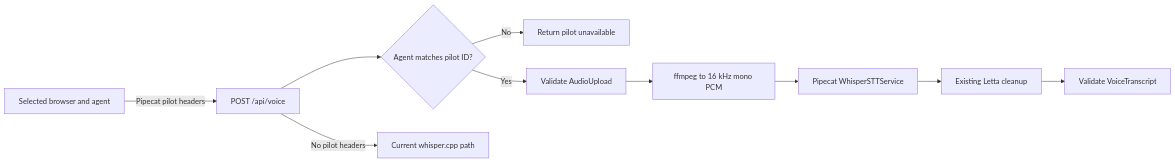
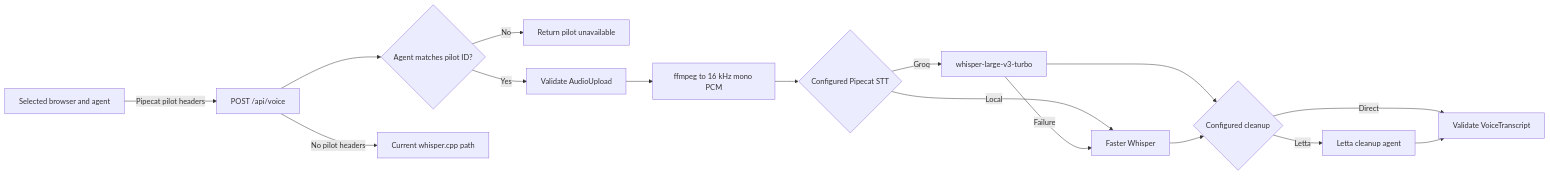
One commit to EGAdams/letta-code changed the diagram in dashboard/voice/pipecat_media/diagrams/mermaid_flow/pipecat-media.md. Above: the diagram before and after it, drawn with Mermaid. The commit also changed 16 other files, not shown here.

Commit message:
feat: accelerate Toyota voice with Groq

````diff
--- a/dashboard/voice/pipecat_media/diagrams/mermaid_flow/pipecat-media.md
+++ b/dashboard/voice/pipecat_media/diagrams/mermaid_flow/pipecat-media.md
@@ -3,12 +3,18 @@
 ```mermaid
 flowchart LR
     Browser[Selected browser and agent] -->|Pipecat pilot headers| Route[POST /api/voice]
     Route --> Gate{Agent matches pilot ID?}
     Gate -->|No| Reject[Return pilot unavailable]
     Gate -->|Yes| Upload[Validate AudioUpload]
     Upload --> Decode[ffmpeg to 16 kHz mono PCM]
-    Decode --> STT[Pipecat WhisperSTTService]
-    STT --> Cleanup[Existing Letta cleanup]
-    Cleanup --> Response[Validate VoiceTranscript]
+    Decode --> STT{Configured Pipecat STT}
+    STT -->|Groq| Groq[whisper-large-v3-turbo]
+    STT -->|Local| Local[Faster Whisper]
+    Groq -->|Failure| Local
+    Groq --> Cleanup{Configured cleanup}
+    Local --> Cleanup
+    Cleanup -->|Direct| Response[Validate VoiceTranscript]
+    Cleanup -->|Letta| Agent[Letta cleanup agent]
+    Agent --> Response
     Route -->|No pilot headers| Current[Current whisper.cpp path]
 ```
````
